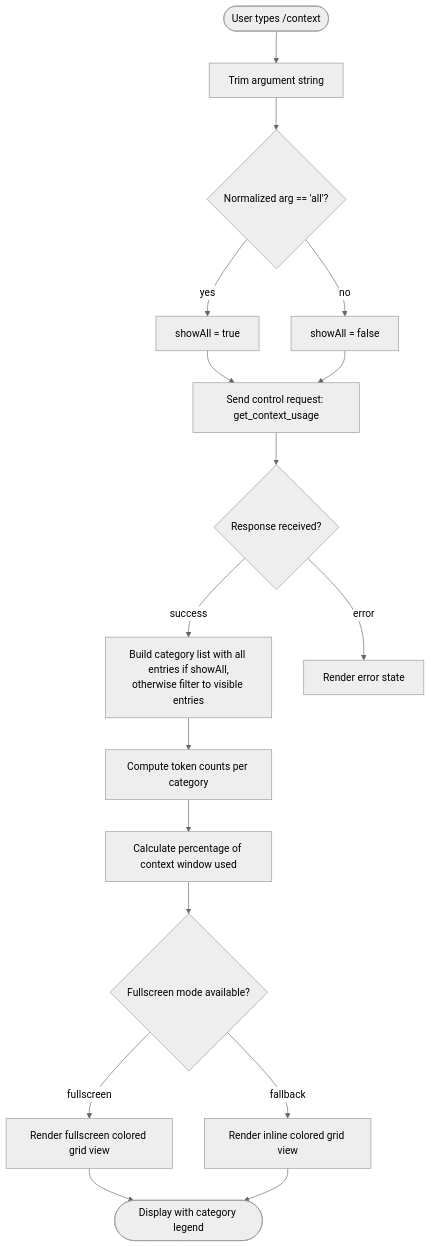
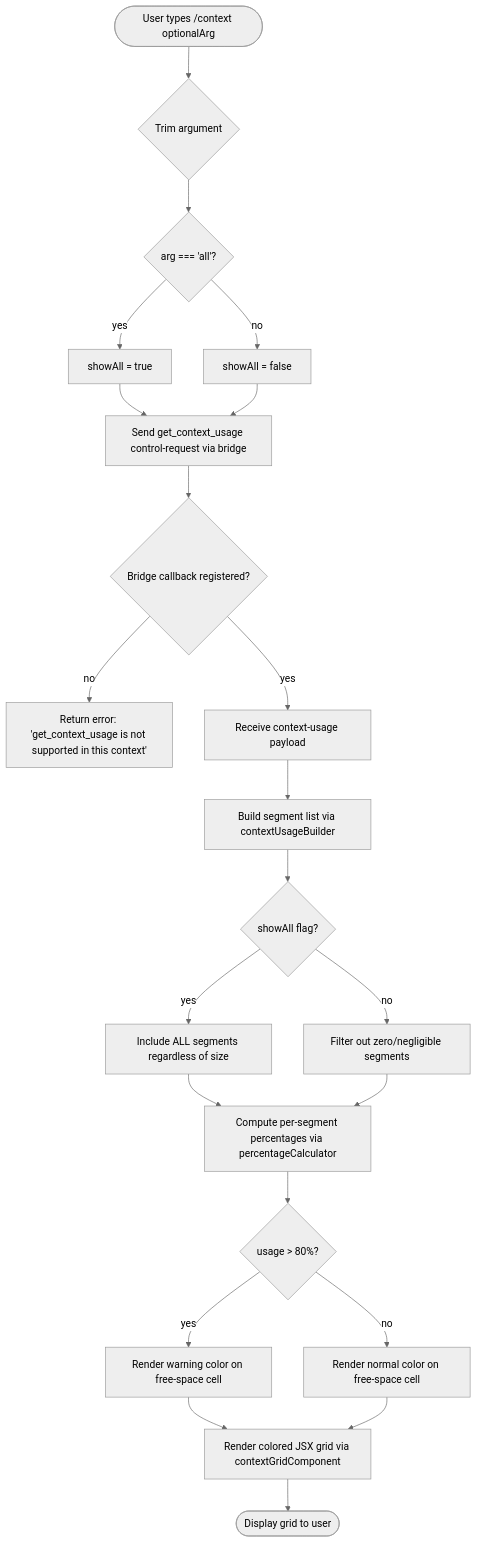
The diagram in versions/v2.1.153/context.md (MyLittleLuckyDog/cc-gnothi), drawn with Mermaid (neutral theme) before and after one commit. The commit also changed other lines of this file and 593 other files, not shown here.

````diff
--- a/versions/v2.1.153/context.md
+++ b/versions/v2.1.153/context.md
@@ -48,19 +56,24 @@
 ```mermaid
 flowchart TD
-    A([User types /context]) --> B[Trim argument string]
-    B --> C{Normalized arg == 'all'?}
+    A([User types /context optionalArg]) --> B{Trim argument}
+    B --> C{arg === 'all'?}
     C -- yes --> D[showAll = true]
     C -- no --> E[showAll = false]
-    D --> F[Send control request: get_context_usage]
+    D --> F[Send get_context_usage control-request via bridge]
     E --> F
-    F --> G{Response received?}
-    G -- success --> H[Build category list with all entries if showAll,\notherwise filter to visible entries]
-    G -- error --> I[Render error state]
-    H --> J[Compute token counts per category]
-    J --> K[Calculate percentage of context window used]
-    K --> L{Fullscreen mode available?}
-    L -- fullscreen --> M[Render fullscreen colored grid view]
-    L -- fallback --> N[Render inline colored grid view]
-    M --> O([Display with category legend])
-    N --> O
+    F --> G{Bridge callback registered?}
+    G -- no --> H[Return error: 'get_context_usage is not supported in this context']
+    G -- yes --> I[Receive context-usage payload]
+    I --> J[Build segment list via contextUsageBuilder]
+    J --> K{showAll flag?}
+    K -- yes --> L[Include ALL segments regardless of size]
+    K -- no --> M[Filter out zero/negligible segments]
+    L --> N[Compute per-segment percentages via percentageCalculator]
+    M --> N
+    N --> O{usage > 80%?}
+    O -- yes --> P[Render warning color on free-space cell]
+    O -- no --> Q[Render normal color on free-space cell]
+    P --> R[Render colored JSX grid via contextGridComponent]
+    Q --> R
+    R --> S([Display grid to user])
 ```
````
